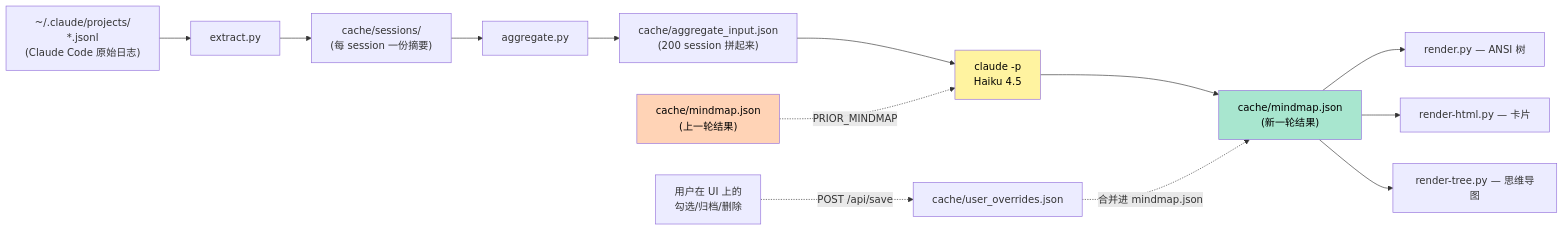
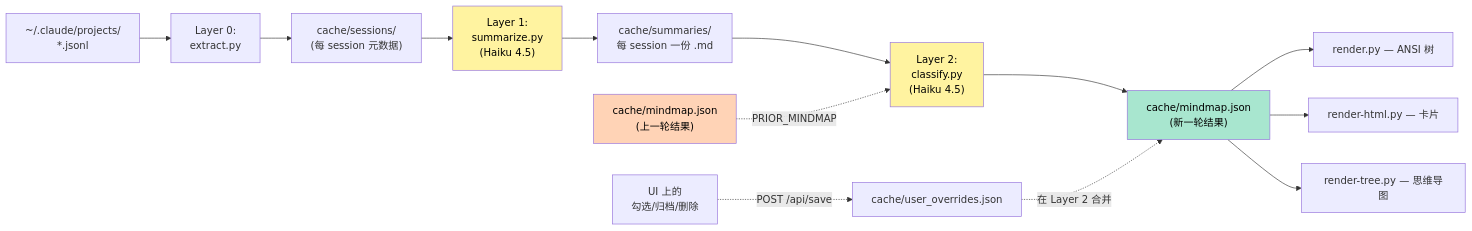
Before and after one commit to Icesource/claude-code-worktree: the first of 8 diagrams in docs/zh-CN/ARCHITECTURE.md, drawn with Mermaid. The commit also changed other lines of this file and 1 other file, not shown here.

````diff
--- a/docs/zh-CN/ARCHITECTURE.md
+++ b/docs/zh-CN/ARCHITECTURE.md
@@ -19,19 +23,20 @@
 ```mermaid
 flowchart LR
-    A["~/.claude/projects/<br/>*.jsonl<br/>(Claude Code 原始日志)"] --> B["extract.py"]
-    B --> C["cache/sessions/<br/>(每 session 一份摘要)"]
-    C --> D["aggregate.py"]
-    D --> E["cache/aggregate_input.json<br/>(200 session 拼起来)"]
-    E --> F["claude -p<br/>Haiku 4.5"]
-    G["cache/mindmap.json<br/>(上一轮结果)"] -.->|PRIOR_MINDMAP| F
-    F --> H["cache/mindmap.json<br/>(新一轮结果)"]
-    H --> R1["render.py — ANSI 树"]
-    H --> R2["render-html.py — 卡片"]
-    H --> R3["render-tree.py — 思维导图"]
-    U["用户在 UI 上的<br/>勾选/归档/删除"] -.->|"POST /api/save"| OV["cache/user_overrides.json"]
-    OV -.->|"合并进 mindmap.json"| H
+    A["~/.claude/projects/<br/>*.jsonl"] --> L0["Layer 0:<br/>extract.py"]
+    L0 --> S["cache/sessions/<br/>(每 session 元数据)"]
+    S --> L1["Layer 1:<br/>summarize.py<br/>(Haiku 4.5)"]
+    L1 --> SM["cache/summaries/<br/>每 session 一份 .md"]
+    SM --> L2["Layer 2:<br/>classify.py<br/>(Haiku 4.5)"]
+    P["cache/mindmap.json<br/>(上一轮结果)"] -.->|PRIOR_MINDMAP| L2
+    L2 --> M["cache/mindmap.json<br/>(新一轮结果)"]
+    M --> R1["render.py — ANSI 树"]
+    M --> R2["render-html.py — 卡片"]
+    M --> R3["render-tree.py — 思维导图"]
+    U["UI 上的<br/>勾选/归档/删除"] -.->|"POST /api/save"| OV["cache/user_overrides.json"]
+    OV -.->|"在 Layer 2 合并"| M
 
-    style F fill:#fff3a0,color:#000
-    style H fill:#a8e6cf,color:#000
-    style G fill:#ffd3b6,color:#000
+    style L1 fill:#fff3a0,color:#000
+    style L2 fill:#fff3a0,color:#000
+    style M fill:#a8e6cf,color:#000
+    style P fill:#ffd3b6,color:#000
 ```
````
